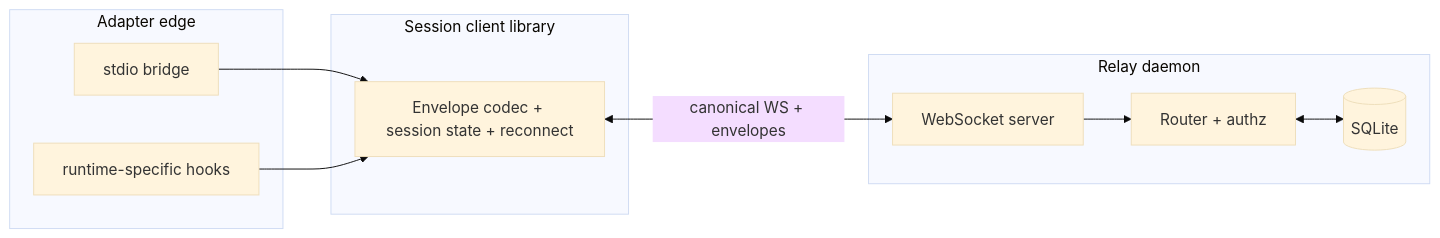
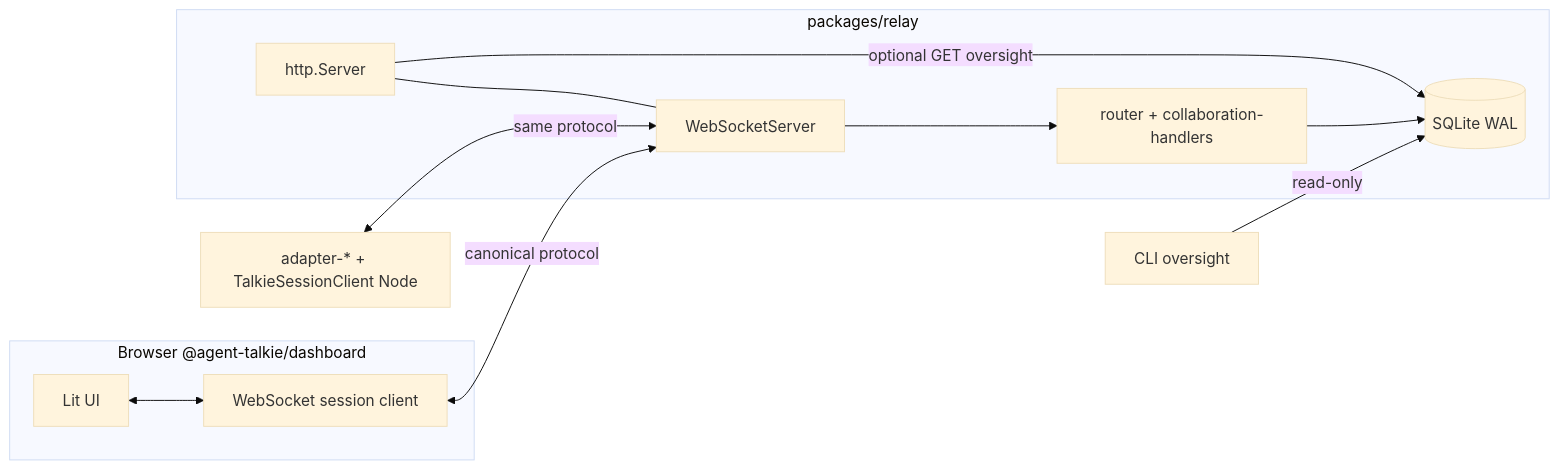
Before and after one commit to ClydeZhao/agent-talkie: the diagram in .planning/research/ARCHITECTURE.md, drawn with Mermaid (base theme). The commit also changed other lines of this file and 4 other files, not shown here.

Commit message:
docs: research — web dashboard stack, features, architecture, pitfalls

````diff
--- a/.planning/research/ARCHITECTURE.md
+++ b/.planning/research/ARCHITECTURE.md
@@ -27,20 +104,23 @@
 ```mermaid
 flowchart LR
-  subgraph adapters["Adapter edge"]
-    A1[stdio bridge]
-    A2[runtime-specific hooks]
+  subgraph browser["Browser @agent-talkie/dashboard"]
+    UI[Lit UI]
+    WSClient[WebSocket session client]
+    UI <--> WSClient
   end
-  subgraph client["Session client library"]
-    C[Envelope codec + session state + reconnect]
+
+  subgraph relay["packages/relay"]
+    HTTP[http.Server]
+    WSS[WebSocketServer]
+    RTR[router + collaboration-handlers]
+    DB[(SQLite WAL)]
+    HTTP --- WSS
+    WSS --> RTR
+    RTR --> DB
+    HTTP -->|optional GET oversight| DB
   end
-  subgraph relay["Relay daemon"]
-    WS[WebSocket server]
-    R[Router + authz]
-    DB[(SQLite)]
-  end
-  A1 --> C
-  A2 --> C
-  C <-->|canonical WS + envelopes| WS
-  WS --> R
-  R <--> DB
+
+  WSClient <-->|canonical protocol| WSS
+  Adapters[adapter-* + TalkieSessionClient Node] <-->|same protocol| WSS
+  CLI[CLI oversight] -->|read-only| DB
 ```
````
